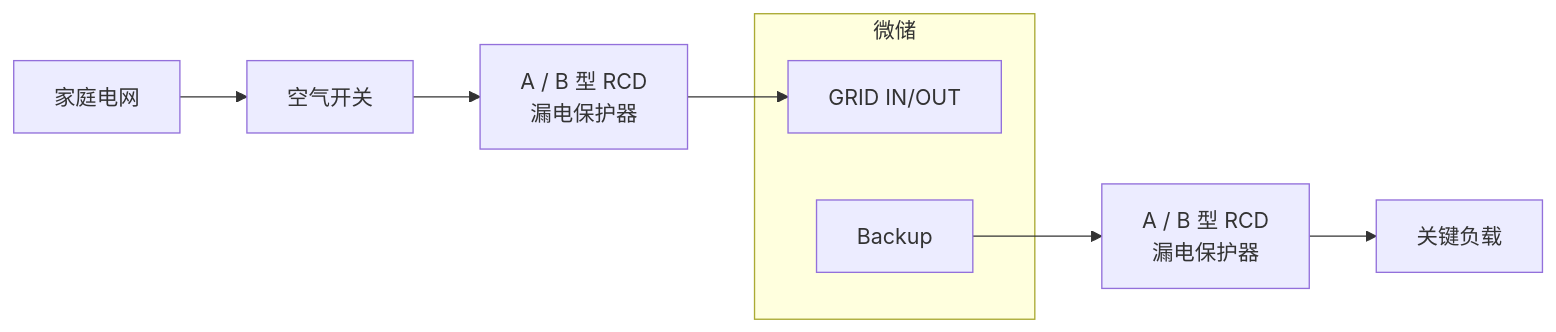
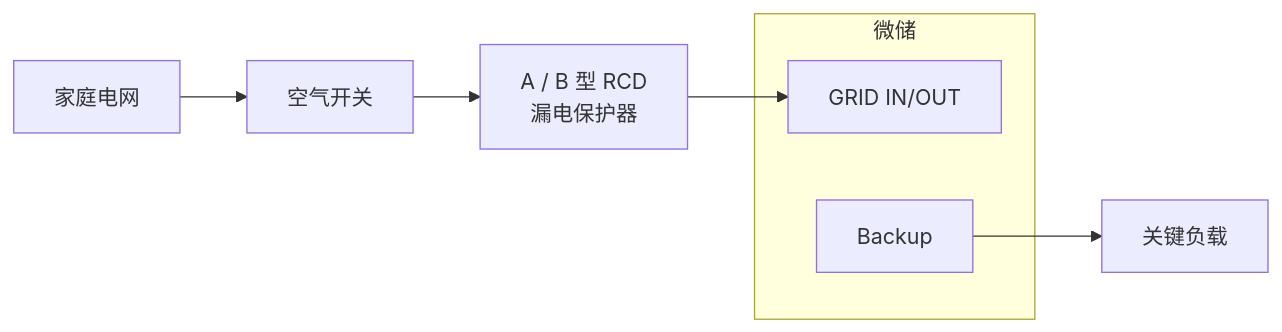
The first of 2 diagrams in i18n/zh/docusaurus-plugin-content-docs/current/hardware/technical-note/rcd.md (INDEVOLT/indevolt-doc), drawn with Mermaid before and after one commit. The commit also changed 9 other files, not shown here.

````diff
--- a/i18n/zh/docusaurus-plugin-content-docs/current/hardware/technical-note/rcd.md
+++ b/i18n/zh/docusaurus-plugin-content-docs/current/hardware/technical-note/rcd.md
@@ -38,15 +38,14 @@
 ```mermaid
 flowchart LR
     GRID[家庭电网] --> MCB1[空气开关]
     MCB1 --> RCD1[A / B 型 RCD<br/>漏电保护器]
 
     subgraph ESS[微储]
         GRID_PORT[GRID IN/OUT]
         BACKUP_PORT[Backup]
     end
 
     RCD1 --> GRID_PORT
 
-    BACKUP_PORT --> RCD2[A / B 型 RCD<br/>漏电保护器]
-    RCD2 --> LOAD[关键负载]
+    BACKUP_PORT --> LOAD[关键负载]
 ```
````
